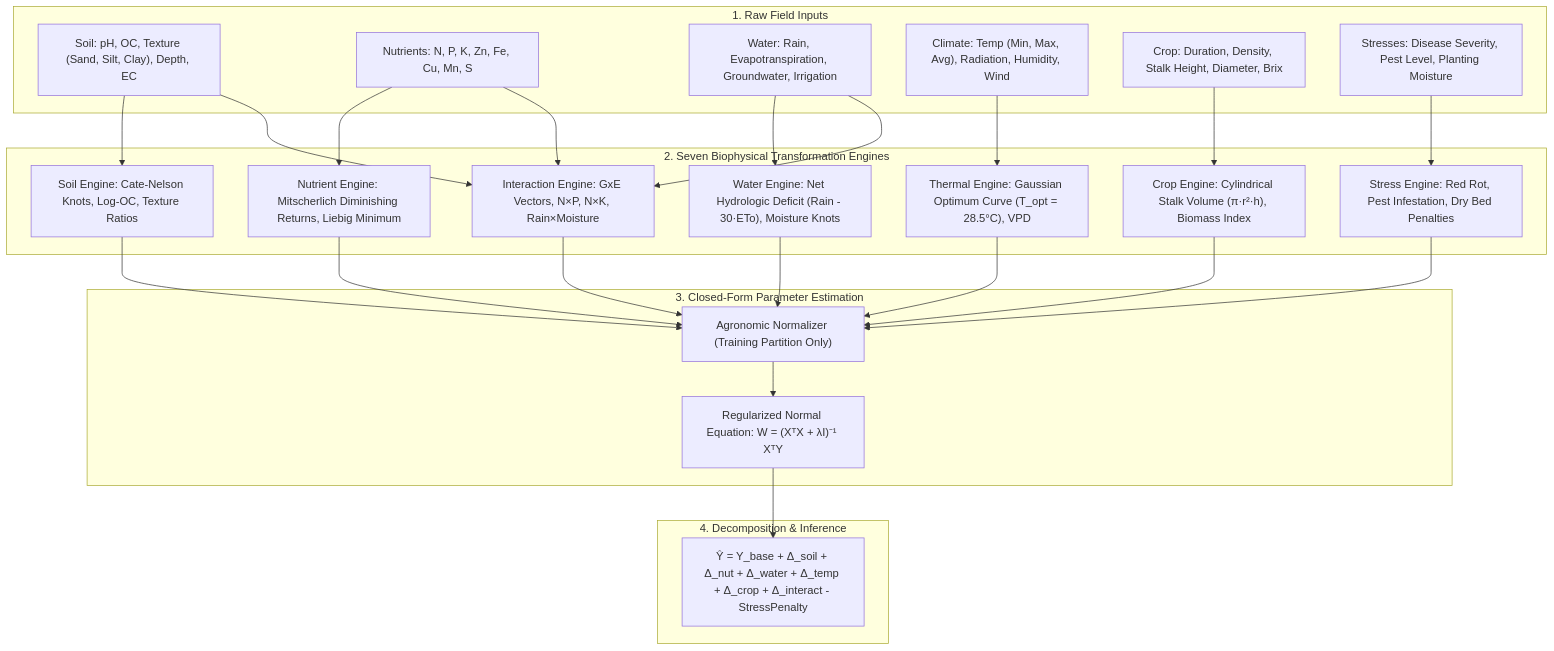
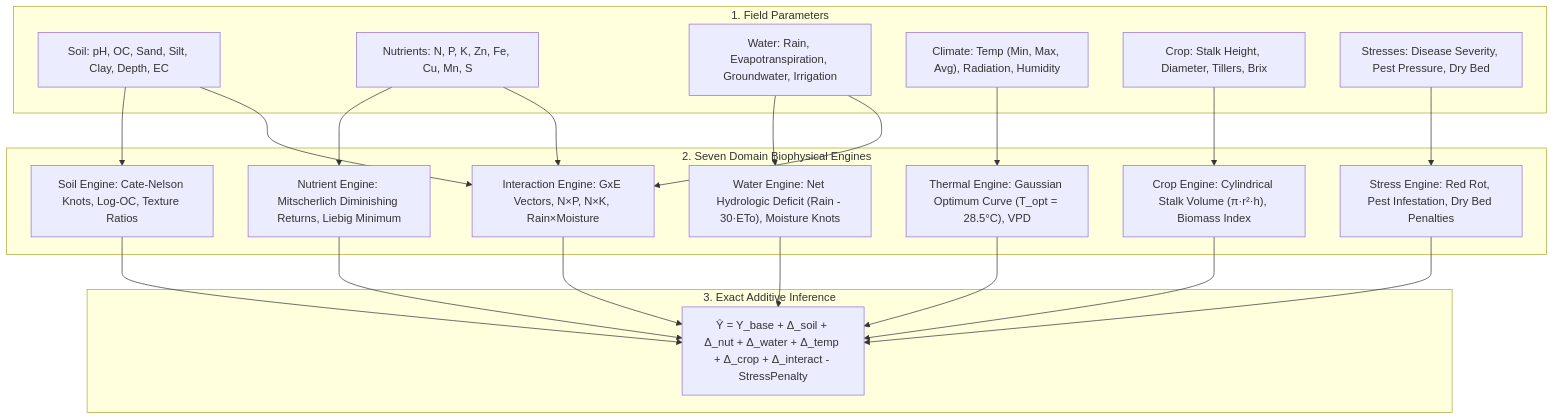
Before and after one commit to HAARINIPRIYA/project_paper: the second of 2 diagrams in MODEL_DOCUMENTATION.md, drawn with Mermaid. The commit also changed other lines of this file and 31 other files, not shown here.

````diff
--- a/MODEL_DOCUMENTATION.md
+++ b/MODEL_DOCUMENTATION.md
@@ -47,42 +356,35 @@
 ```mermaid
 flowchart TD
-    subgraph Ingestion["1. Raw Field Inputs"]
-        SoilIn["Soil: pH, OC, Texture (Sand, Silt, Clay), Depth, EC"]
-        NutIn["Nutrients: N, P, K, Zn, Fe, Cu, Mn, S"]
-        WaterIn["Water: Rain, Evapotranspiration, Groundwater, Irrigation"]
-        TempIn["Climate: Temp (Min, Max, Avg), Radiation, Humidity, Wind"]
-        CropIn["Crop: Duration, Density, Stalk Height, Diameter, Brix"]
-        StressIn["Stresses: Disease Severity, Pest Level, Planting Moisture"]
+    subgraph Ingest["1. Field Parameters"]
+        S["Soil: pH, OC, Sand, Silt, Clay, Depth, EC"]
+        N["Nutrients: N, P, K, Zn, Fe, Cu, Mn, S"]
+        W["Water: Rain, Evapotranspiration, Groundwater, Irrigation"]
+        T["Climate: Temp (Min, Max, Avg), Radiation, Humidity"]
+        C["Crop: Stalk Height, Diameter, Tillers, Brix"]
+        P["Stresses: Disease Severity, Pest Pressure, Dry Bed"]
     end
 
-    subgraph Engines["2. Seven Biophysical Transformation Engines"]
+    subgraph Engines["2. Seven Domain Biophysical Engines"]
         E1["Soil Engine: Cate-Nelson Knots, Log-OC, Texture Ratios"]
         E2["Nutrient Engine: Mitscherlich Diminishing Returns, Liebig Minimum"]
         E3["Water Engine: Net Hydrologic Deficit (Rain - 30·ETo), Moisture Knots"]
         E4["Thermal Engine: Gaussian Optimum Curve (T_opt = 28.5°C), VPD"]
         E5["Crop Engine: Cylindrical Stalk Volume (π·r²·h), Biomass Index"]
         E6["Interaction Engine: GxE Vectors, N×P, N×K, Rain×Moisture"]
         E7["Stress Engine: Red Rot, Pest Infestation, Dry Bed Penalties"]
     end
 
-    subgraph Solver["3. Closed-Form Parameter Estimation"]
-        Norm["Agronomic Normalizer (Training Partition Only)"]
-        Ridge["Regularized Normal Equation: W = (XᵀX + λI)⁻¹ XᵀY"]
-    end
-
-    subgraph Output["4. Decomposition & Inference"]
+    subgraph Output["3. Exact Additive Inference"]
         Decomp["Ŷ = Y_base + Δ_soil + Δ_nut + Δ_water + Δ_temp + Δ_crop + Δ_interact - StressPenalty"]
     end
 
-    SoilIn --> E1
-    NutIn --> E2
-    WaterIn --> E3
-    TempIn --> E4
-    CropIn --> E5
-    SoilIn & NutIn & WaterIn --> E6
-    StressIn --> E7
+    S --> E1
+    N --> E2
+    W --> E3
+    T --> E4
+    C --> E5
+    S & N & W --> E6
+    P --> E7
 
-    E1 & E2 & E3 & E4 & E5 & E6 & E7 --> Norm
-    Norm --> Ridge
-    Ridge --> Decomp
+    E1 & E2 & E3 & E4 & E5 & E6 & E7 --> Decomp
 ```
````
